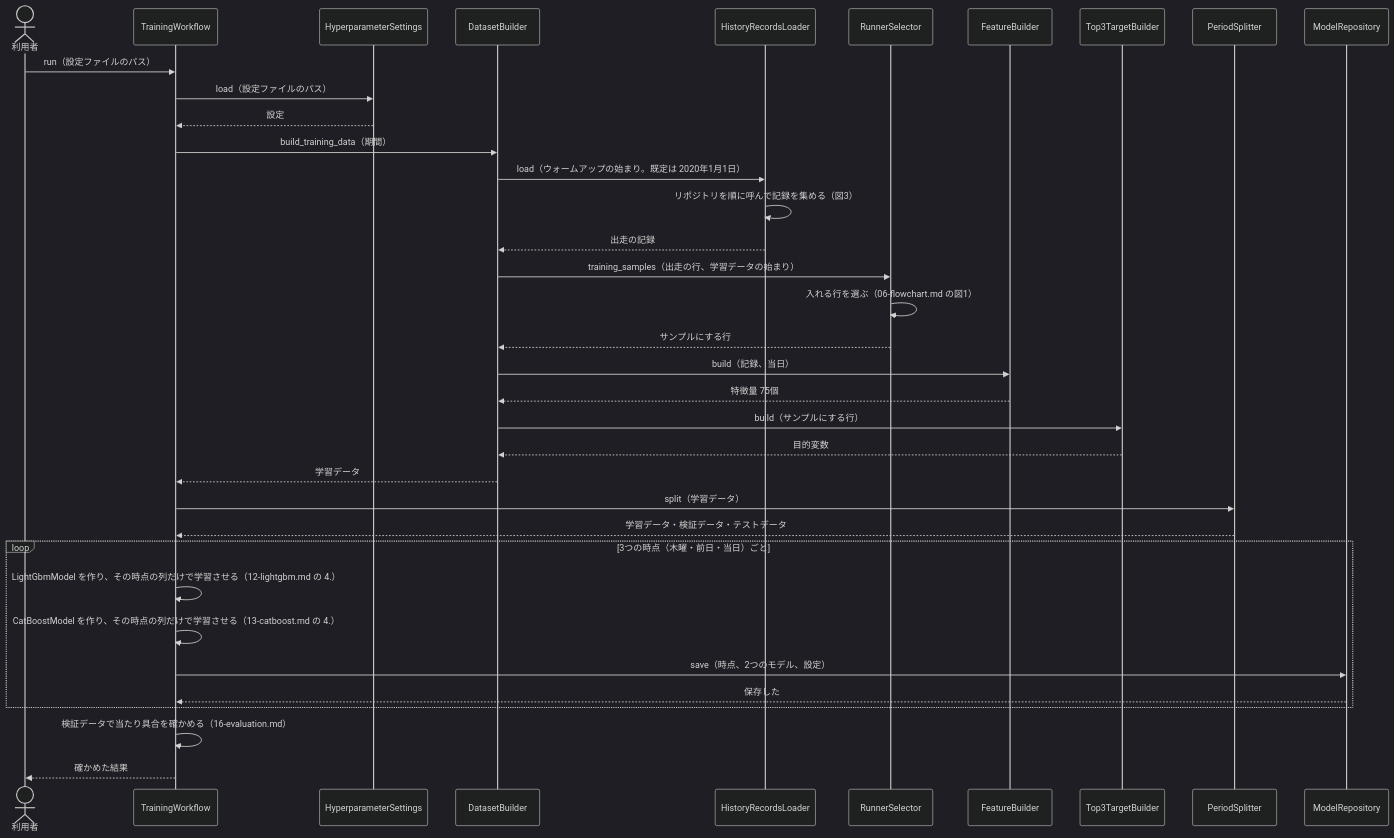
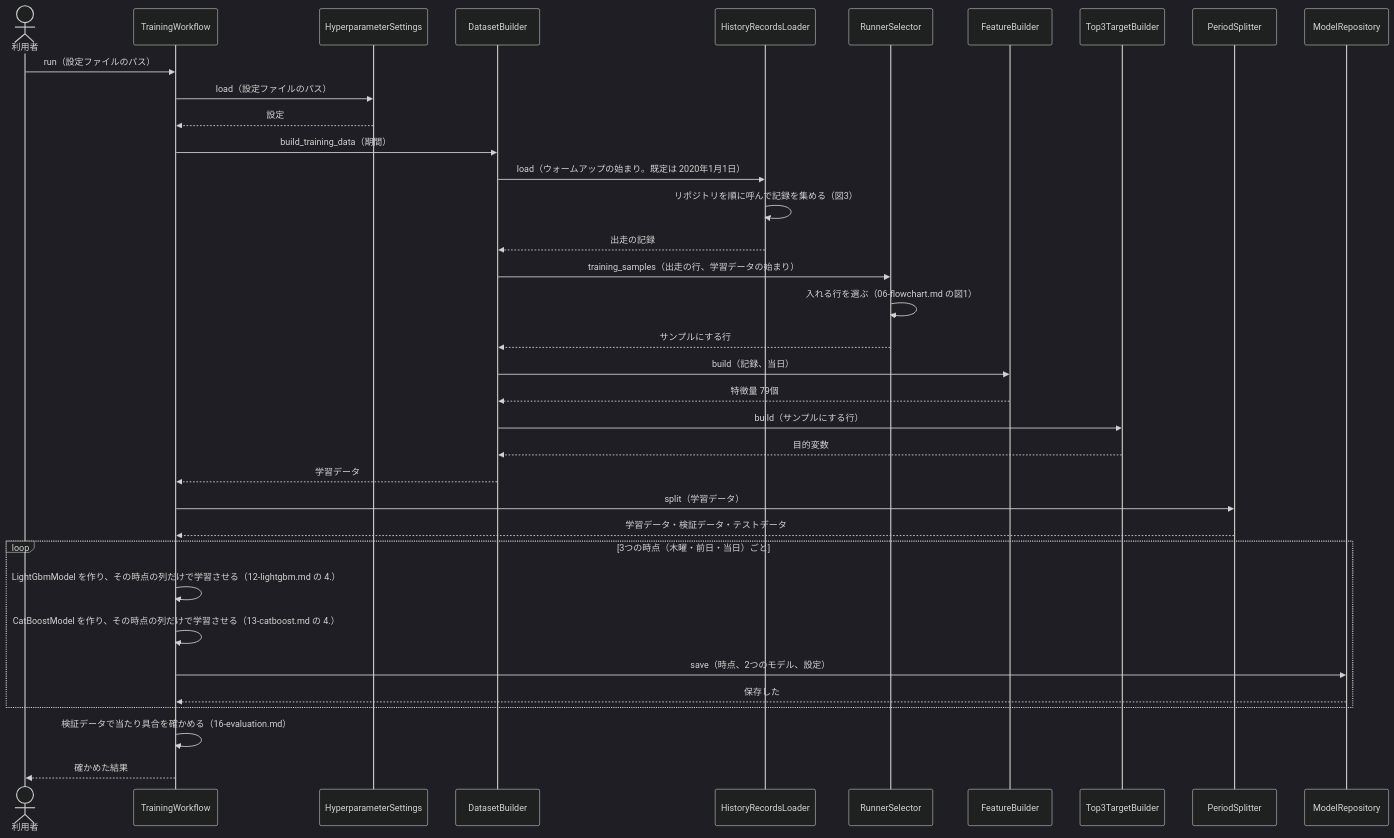
The first of 4 diagrams in docs/design/近走と適性から3着以内を予想/05-sequence.md (ht-0328/keiba-yosou), drawn with Mermaid (dark theme) before and after one commit. The commit also changed other lines of this file and 28 other files, not shown here.

````diff
--- a/docs/design/近走と適性から3着以内を予想/05-sequence.md
+++ b/docs/design/近走と適性から3着以内を予想/05-sequence.md
@@ -40,38 +40,38 @@
 ```mermaid
 sequenceDiagram
     actor U as 利用者
     participant W as TrainingWorkflow
     participant H as HyperparameterSettings
     participant D as DatasetBuilder
     participant L as HistoryRecordsLoader
     participant RS as RunnerSelector
     participant F as FeatureBuilder
     participant T as Top3TargetBuilder
     participant S as PeriodSplitter
     participant MR as ModelRepository
     U->>W: run（設定ファイルのパス）
     W->>H: load（設定ファイルのパス）
     H-->>W: 設定
     W->>D: build_training_data（期間）
     D->>L: load（ウォームアップの始まり。既定は 2020年1月1日）
     L->>L: リポジトリを順に呼んで記録を集める（図3）
     L-->>D: 出走の記録
     D->>RS: training_samples（出走の行、学習データの始まり）
     RS->>RS: 入れる行を選ぶ（06-flowchart.md の図1）
     RS-->>D: サンプルにする行
     D->>F: build（記録、当日）
-    F-->>D: 特徴量 75個
+    F-->>D: 特徴量 79個
     D->>T: build（サンプルにする行）
     T-->>D: 目的変数
     D-->>W: 学習データ
     W->>S: split（学習データ）
     S-->>W: 学習データ・検証データ・テストデータ
     loop 3つの時点（木曜・前日・当日）ごと
         W->>W: LightGbmModel を作り、その時点の列だけで学習させる（12-lightgbm.md の 4.）
         W->>W: CatBoostModel を作り、その時点の列だけで学習させる（13-catboost.md の 4.）
         W->>MR: save（時点、2つのモデル、設定）
         MR-->>W: 保存した
     end
     W->>W: 検証データで当たり具合を確かめる（16-evaluation.md）
     W-->>U: 確かめた結果
 ```
````
